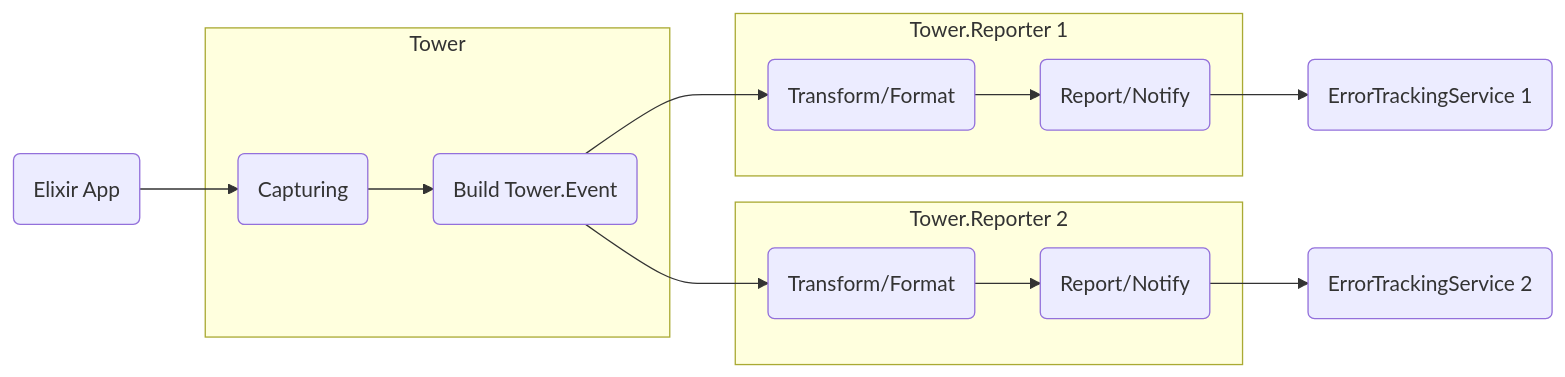
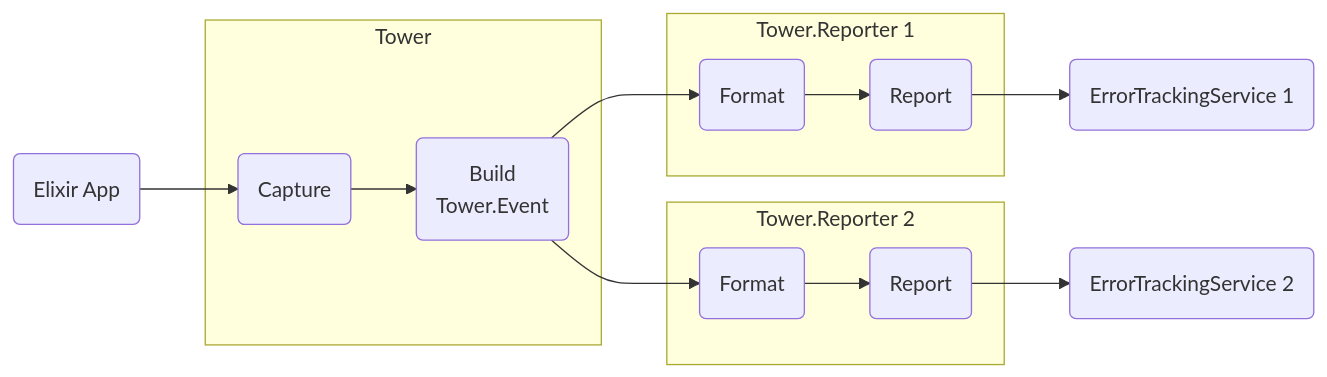
One commit to mimiquate/tower changed the third of 3 diagrams in README.md. Above: the diagram before and after it, drawn with Mermaid. The commit also changed other lines of this file and 1 other file, not shown here.

Commit message:
docs: cleans diagrams

````diff
--- a/README.md
+++ b/README.md
@@ -91,17 +91,17 @@
 ```mermaid
-flowchart LR;
-  A(Elixir App) --> B(Capturing);
+flowchart LR
+  A(Elixir App) --> B(Capture)
   subgraph Tower
-  B --> C("Build Tower.Event");
+  B --> C("Build<br />Tower.Event")
   end
   subgraph Tower.Reporter 1
-  C --> D("Transform/Format");
-  D --> E("Report/Notify");
+  C --> D("Format")
+  D --> E("Report")
   end
   subgraph Tower.Reporter 2
-  C --> F("Transform/Format");
-  F --> G("Report/Notify");
+  C --> F("Format")
+  F --> G("Report")
   end
-  E --> H("ErrorTrackingService 1");
-  G --> I("ErrorTrackingService 2");
+  E --> H("ErrorTrackingService 1")
+  G --> I("ErrorTrackingService 2")
 ```
````
